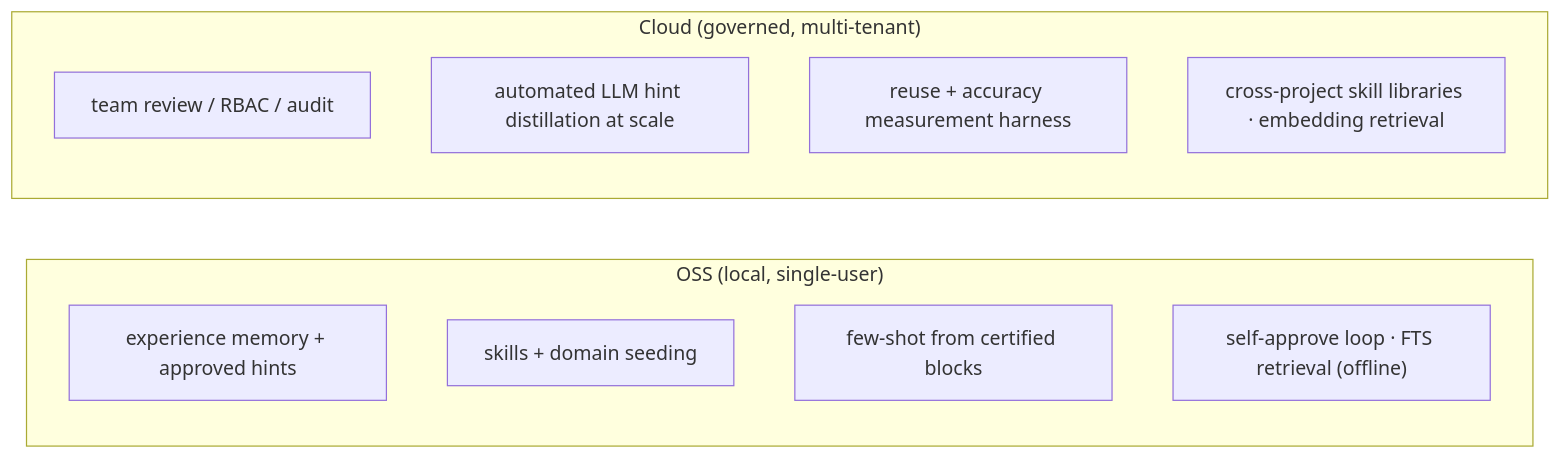
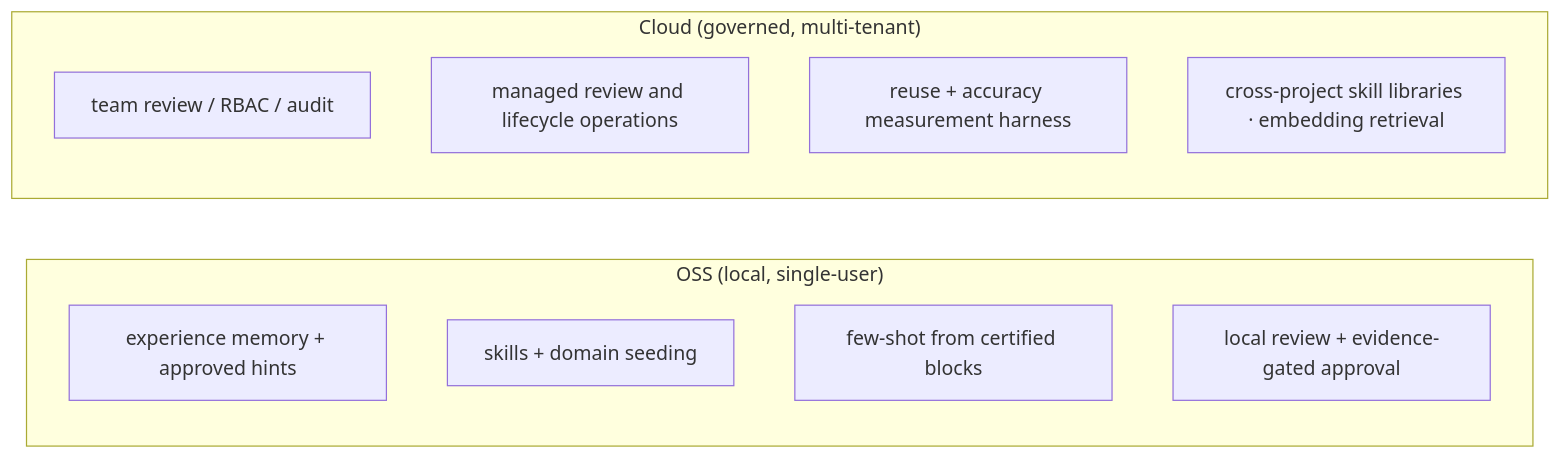
Before and after one commit to duckcode-ai/dql: the fifth of 5 diagrams in docs/architecture/agentic-loop/07-memory-and-learning.md, drawn with Mermaid. The commit also changed other lines of this file and 17 other files, not shown here.

Commit message:
feat: govern hint lifecycle and retrieval

````diff
--- a/docs/architecture/agentic-loop/07-memory-and-learning.md
+++ b/docs/architecture/agentic-loop/07-memory-and-learning.md
@@ -112,15 +109,15 @@
 ```mermaid
 flowchart LR
     subgraph OSS["OSS (local, single-user)"]
         O1["experience memory + approved hints"]
         O2["skills + domain seeding"]
         O3["few-shot from certified blocks"]
-        O4["self-approve loop · FTS retrieval (offline)"]
+        O4["local review + evidence-gated approval"]
     end
     subgraph Cloud["Cloud (governed, multi-tenant)"]
         C1["team review / RBAC / audit"]
-        C2["automated LLM hint distillation at scale"]
+        C2["managed review and lifecycle operations"]
         C3["reuse + accuracy measurement harness"]
         C4["cross-project skill libraries · embedding retrieval"]
     end
 ```
````
